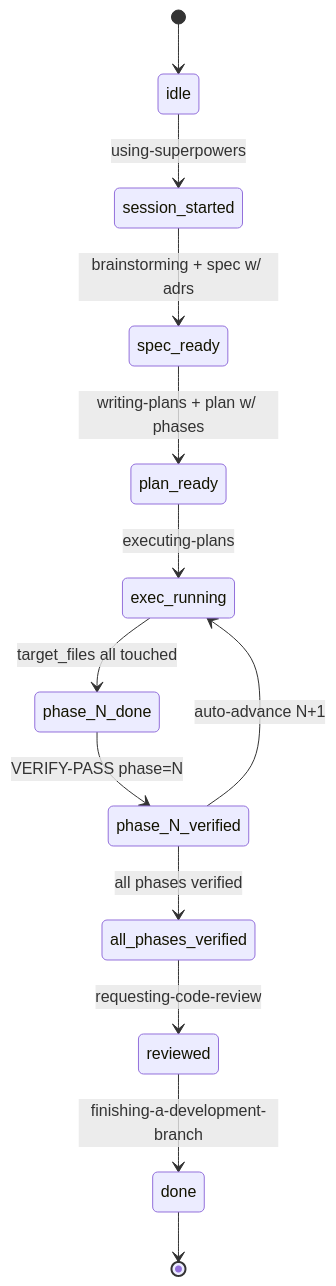
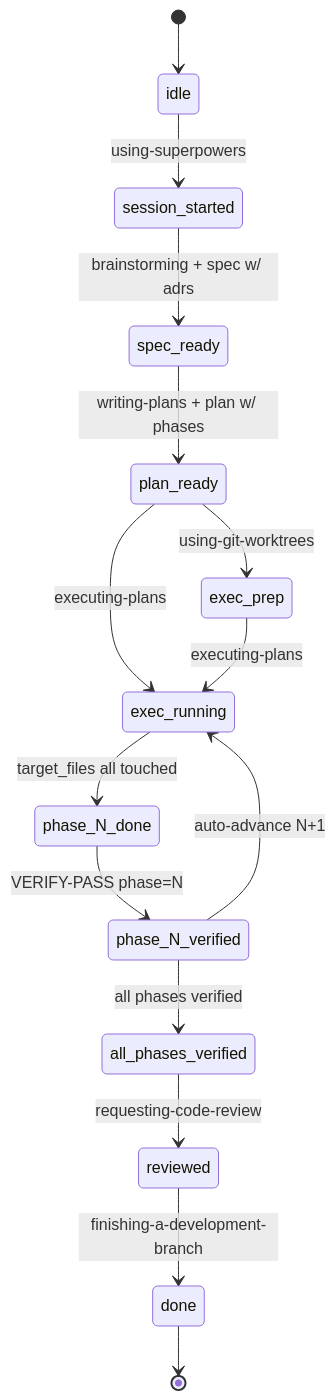
One commit to tickhuat/claude-workflow changed the first of 2 diagrams in README.md. Above: the diagram before and after it, drawn with Mermaid. The commit also changed other lines of this file, not shown here.

Commit message:
docs(README): include exec_prep stage in state machine diagram

````diff
--- a/README.md
+++ b/README.md
@@ -50,15 +50,17 @@
 ```mermaid
 stateDiagram-v2
     [*] --> idle
     idle --> session_started: using-superpowers
     session_started --> spec_ready: brainstorming + spec w/ adrs
     spec_ready --> plan_ready: writing-plans + plan w/ phases
+    plan_ready --> exec_prep: using-git-worktrees
     plan_ready --> exec_running: executing-plans
+    exec_prep --> exec_running: executing-plans
     exec_running --> phase_N_done: target_files all touched
     phase_N_done --> phase_N_verified: VERIFY-PASS phase=N
     phase_N_verified --> exec_running: auto-advance N+1
     phase_N_verified --> all_phases_verified: all phases verified
     all_phases_verified --> reviewed: requesting-code-review
     reviewed --> done: finishing-a-development-branch
     done --> [*]
 ```
````
